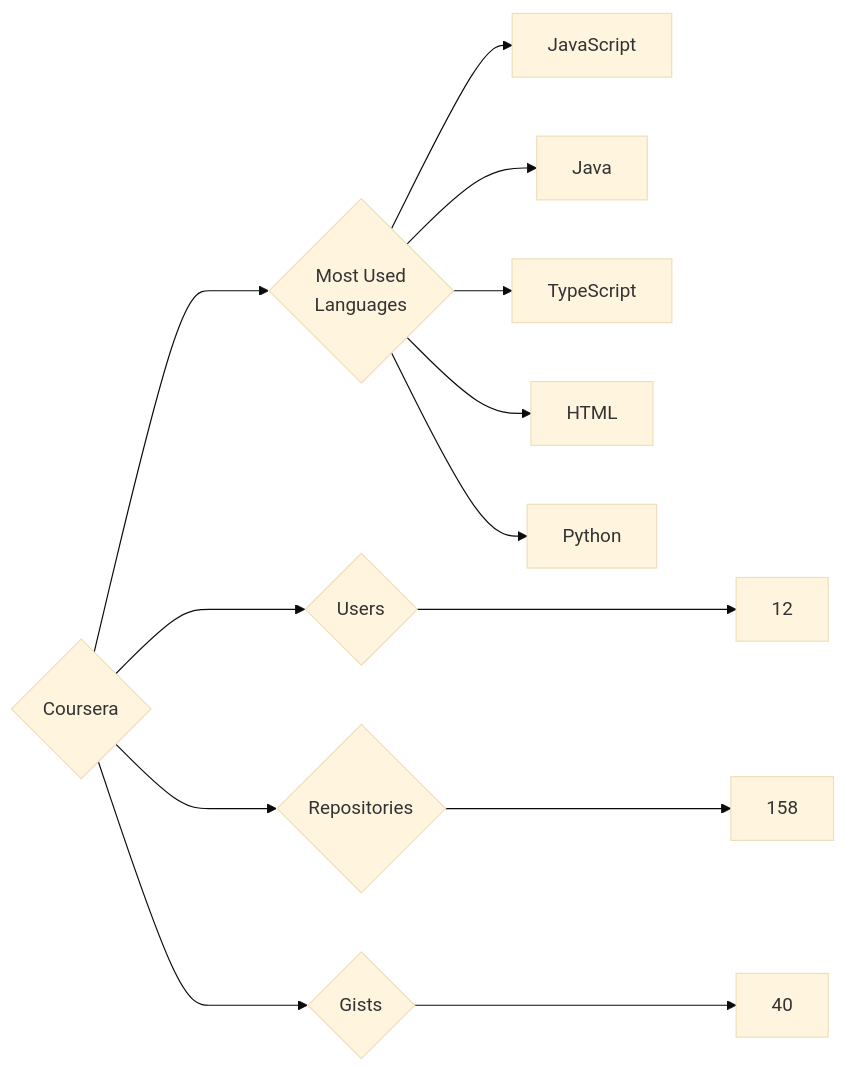
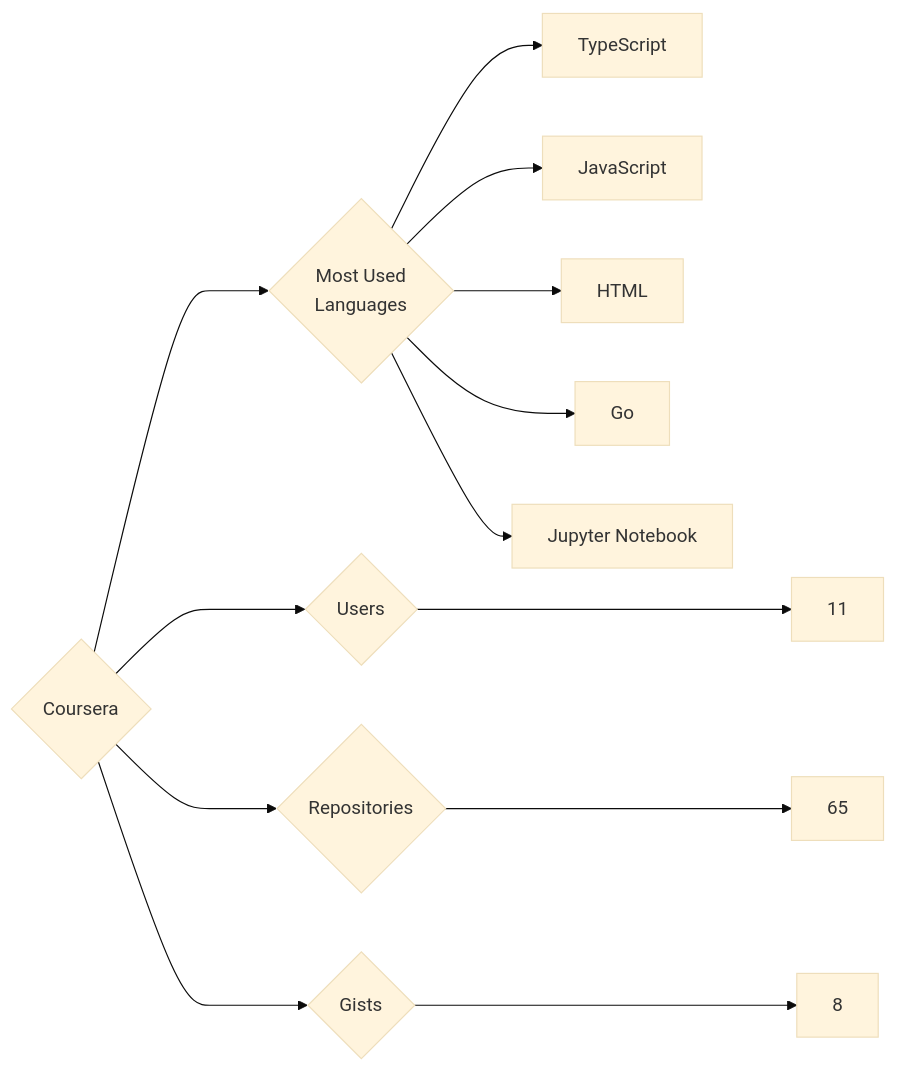
One commit to trickest/insiders changed the diagram in targets/Coursera/README.md. Above: the diagram before and after it, drawn with Mermaid (base theme). The commit also changed 930 other files, not shown here.

````diff
--- a/targets/Coursera/README.md
+++ b/targets/Coursera/README.md
@@ -3,13 +3,13 @@
 ```mermaid
 graph LR
 COMPANY_NAME{Coursera}
-COMPANY_NAME ---> U{Users} ---> UN[12]
-COMPANY_NAME ---> R{Repositories} ---> RN[158]
-COMPANY_NAME ---> G{Gists} ---> GN[40]
+COMPANY_NAME ---> U{Users} ---> UN[11]
+COMPANY_NAME ---> R{Repositories} ---> RN[65]
+COMPANY_NAME ---> G{Gists} ---> GN[8]
 COMPANY_NAME ---> ML{Most Used<br>Languages}
+ML --> TypeScript[TypeScript]
 ML --> JavaScript[JavaScript]
-ML --> Java[Java]
-ML --> TypeScript[TypeScript]
 ML --> HTML[HTML]
-ML --> Python[Python]
+ML --> Go[Go]
+ML --> Jupyter_Notebook[Jupyter Notebook]
 ```
````
